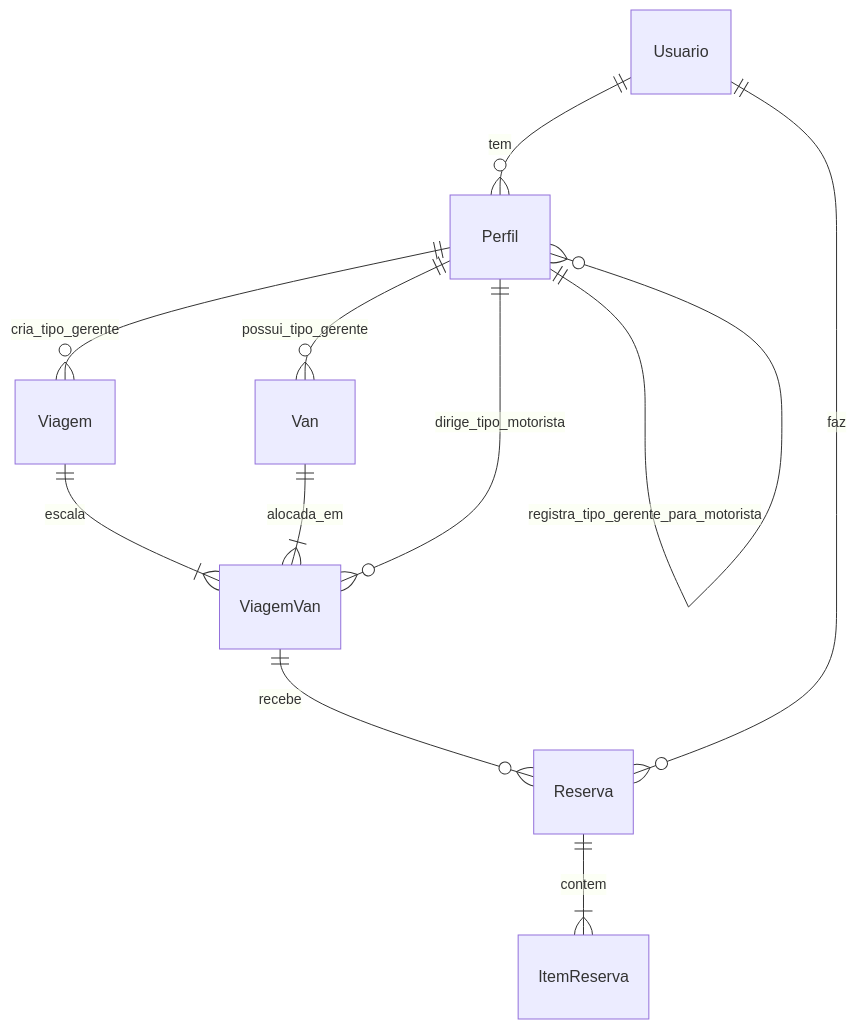
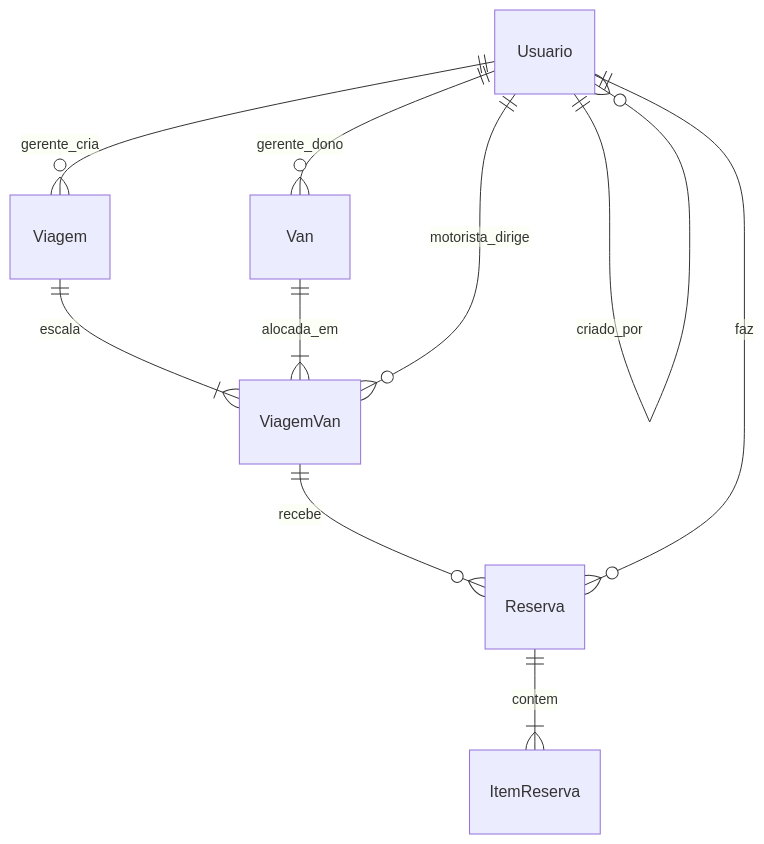
One commit to zico10-arthur/BackEnd-VanBora changed the second of 5 diagrams in docs/technical-plan.md. Above: the diagram before and after it, drawn with Mermaid. The commit also changed other lines of this file and 35 other files, not shown here.

Commit message:
feat: alterações feitas no sistema para perfil unico do usuário e planejamento de como fazer o pagamento na documentação

````diff
--- a/docs/technical-plan.md
+++ b/docs/technical-plan.md
@@ -42,13 +42,12 @@
 ```mermaid
 erDiagram
-    Usuario ||--o{ Perfil : "tem"
-    Perfil ||--o{ Van : "possui_tipo_gerente"
-    Perfil ||--o{ Viagem : "cria_tipo_gerente"
-    Perfil ||--o{ Perfil : "registra_tipo_gerente_para_motorista"
+    Usuario ||--o{ Van : "gerente_dono"
+    Usuario ||--o{ Viagem : "gerente_cria"
+    Usuario ||--o{ Usuario : "criado_por"
     Viagem ||--|{ ViagemVan : "escala"
     Van ||--|{ ViagemVan : "alocada_em"
-    Perfil ||--o{ ViagemVan : "dirige_tipo_motorista"
+    Usuario ||--o{ ViagemVan : "motorista_dirige"
     ViagemVan ||--o{ Reserva : "recebe"
     Usuario ||--o{ Reserva : "faz"
     Reserva ||--|{ ItemReserva : "contem"
 ```
````
